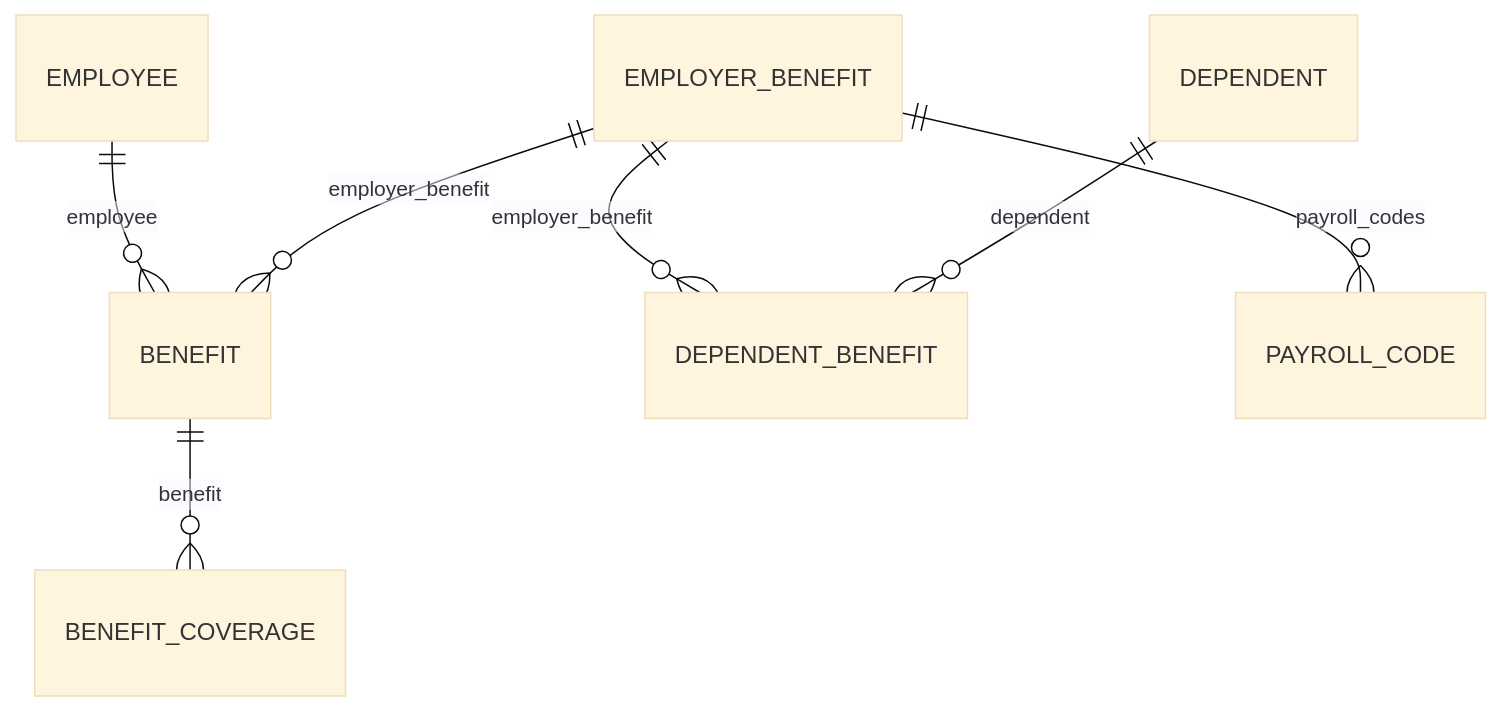
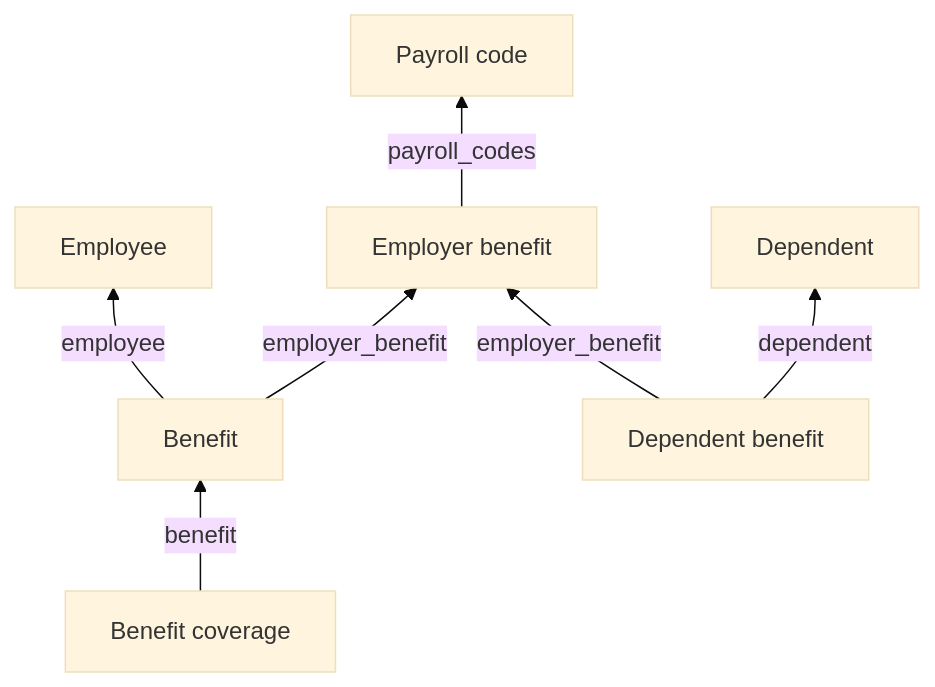
The diagram in guides/data-models/benefits.mdx (kaval1810/bindbee-docs-test), drawn with Mermaid (base theme) before and after one commit. The commit also changed other lines of this file and 61 other files, not shown here.

````diff
--- a/guides/data-models/benefits.mdx
+++ b/guides/data-models/benefits.mdx
@@ -28,9 +26,9 @@
 ```mermaid
-erDiagram
-    EMPLOYEE ||--o{ BENEFIT : "employee"
-    EMPLOYER_BENEFIT ||--o{ BENEFIT : "employer_benefit"
-    EMPLOYER_BENEFIT ||--o{ DEPENDENT_BENEFIT : "employer_benefit"
-    EMPLOYER_BENEFIT ||--o{ PAYROLL_CODE : "payroll_codes"
-    BENEFIT ||--o{ BENEFIT_COVERAGE : "benefit"
-    DEPENDENT ||--o{ DEPENDENT_BENEFIT : "dependent"
+flowchart BT
+    BENEFIT[Benefit] -->|employee| EMPLOYEE[Employee]
+    BENEFIT -->|employer_benefit| EMPLOYER_BENEFIT[Employer benefit]
+    BENEFIT_COVERAGE[Benefit coverage] -->|benefit| BENEFIT
+    DEPENDENT_BENEFIT[Dependent benefit] -->|employer_benefit| EMPLOYER_BENEFIT
+    DEPENDENT_BENEFIT -->|dependent| DEPENDENT[Dependent]
+    EMPLOYER_BENEFIT -->|payroll_codes| PAYROLL_CODE[Payroll code]
 ```
````
